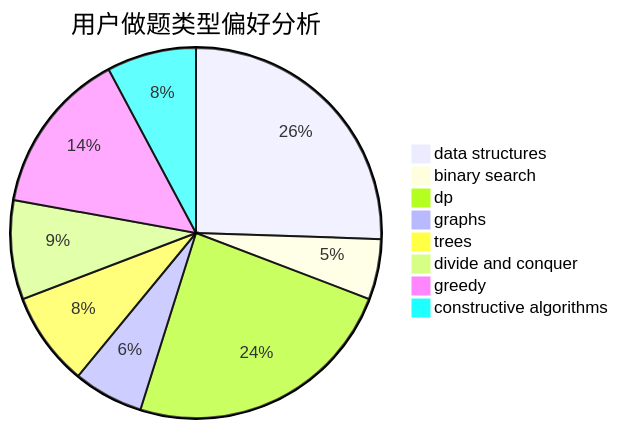
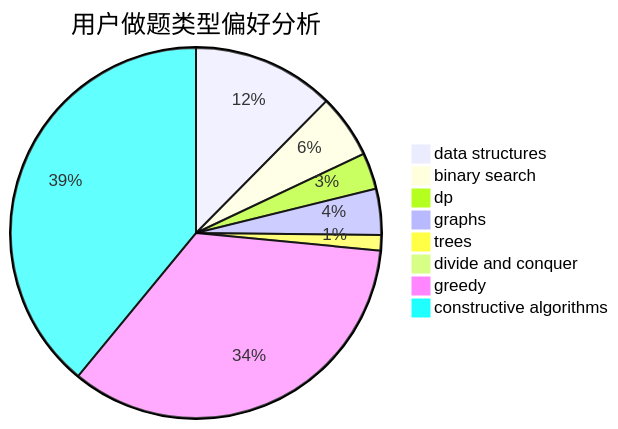
One commit to sherpahu/cfrs.github.io changed the second of 3 diagrams in docs/user/u2059.md. Above: the diagram before and after it, drawn with Mermaid. The commit also changed other lines of this file and 2770 other files, not shown here.

````diff
--- a/docs/user/u2059.md
+++ b/docs/user/u2059.md
@@ -23,11 +23,11 @@
 ```mermaid
 pie title 用户做题类型偏好分析
-    "data structures" :  121
-    "binary search" :  25
-    "dp" :  114
-    "graphs" :  29
-    "trees" :  39
-    "divide and conquer" :  41
-    "greedy" :  68
-    "constructive algorithms" :  37
+    "data structures" :  238
+    "binary search" :  107
+    "dp" :  61
+    "graphs" :  77
+    "trees" :  26
+    "divide and conquer" :  0
+    "greedy" :  661
+    "constructive algorithms" :  749
 ```
````
